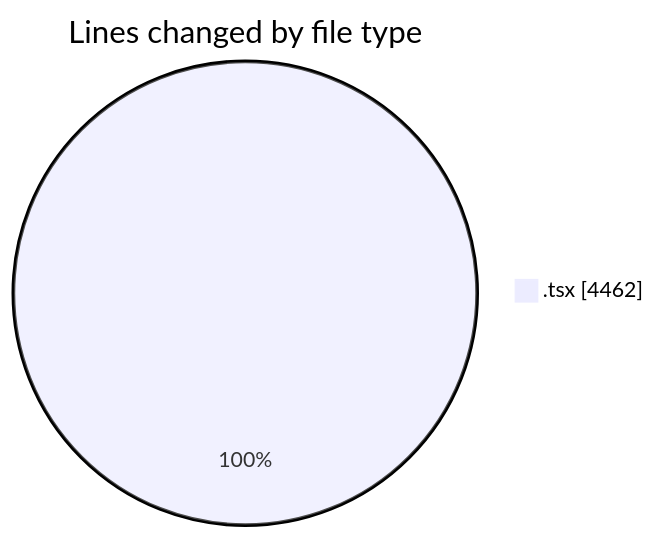
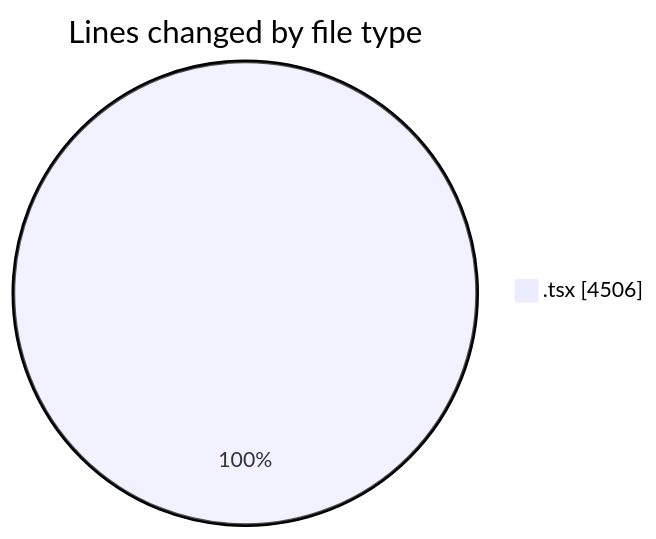
One commit to nxtqubesakshisongat/code-tracking changed the first of 2 diagrams in 2026-06-25/nxtqube_webapp/README.md. Above: the diagram before and after it, drawn with Mermaid. The commit also changed other lines of this file and 1 other file, not shown here.

````diff
--- a/2026-06-25/nxtqube_webapp/README.md
+++ b/2026-06-25/nxtqube_webapp/README.md
@@ -22,5 +22,5 @@
 ```mermaid
 pie showData
 title Lines changed by file type
-".tsx" : 4462
+".tsx" : 4506
 ```
````
